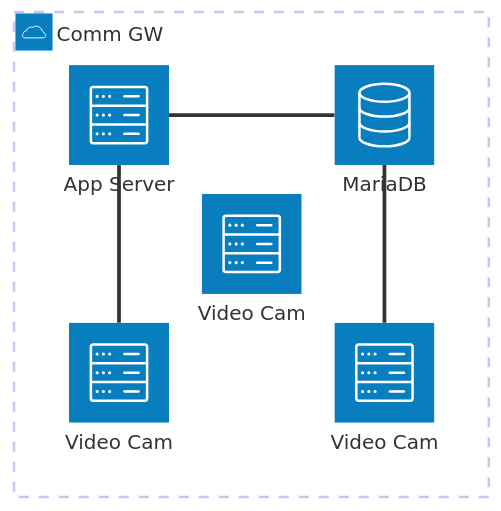
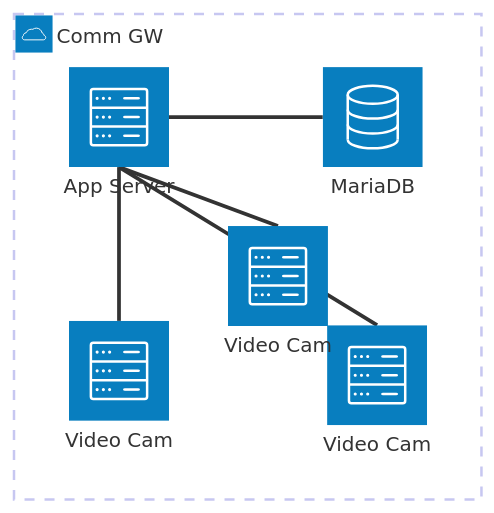
One commit to robert-brown19/apple-pi changed the second of 2 diagrams in Doc1.md. Above: the diagram before and after it, drawn with Mermaid.

Commit message:
Update connections for server2 and server3

````diff
--- a/Doc1.md
+++ b/Doc1.md
@@ -17,14 +17,15 @@
 ```mermaid
 architecture-beta
     group api(cloud)[Comm GW]
 
     service app_server(server)[App Server] in api
     service db(database)[MariaDB] in api
     service server1(server)[Video Cam] in api
     service server2(server)[Video Cam] in api
     service server3(server)[Video Cam] in api
 
     db:L -- R:app_server
     server1:T -- B:app_server
-    server2:T -- B:db
+    server2:T -- B:app_server
+    server3:T -- B:app_server
 ```
````
